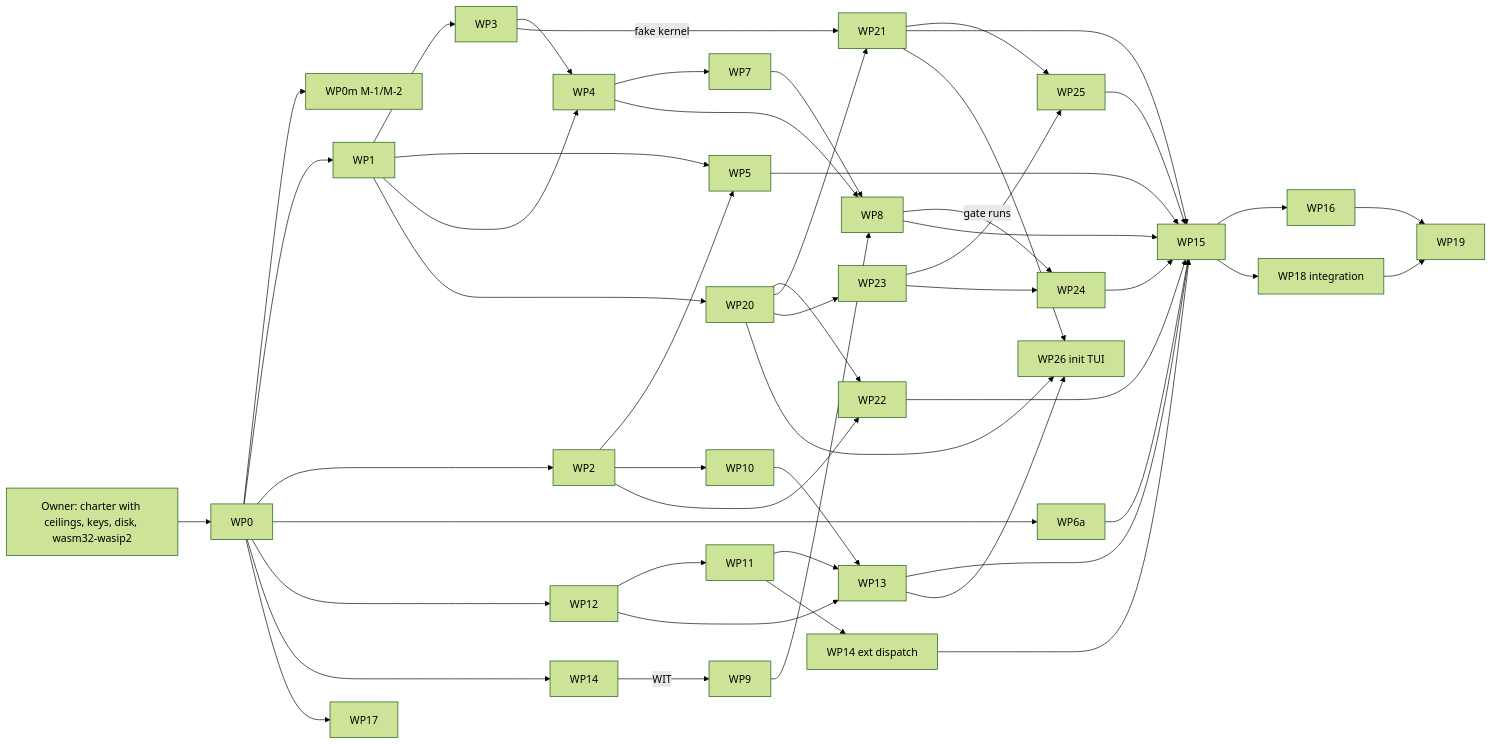
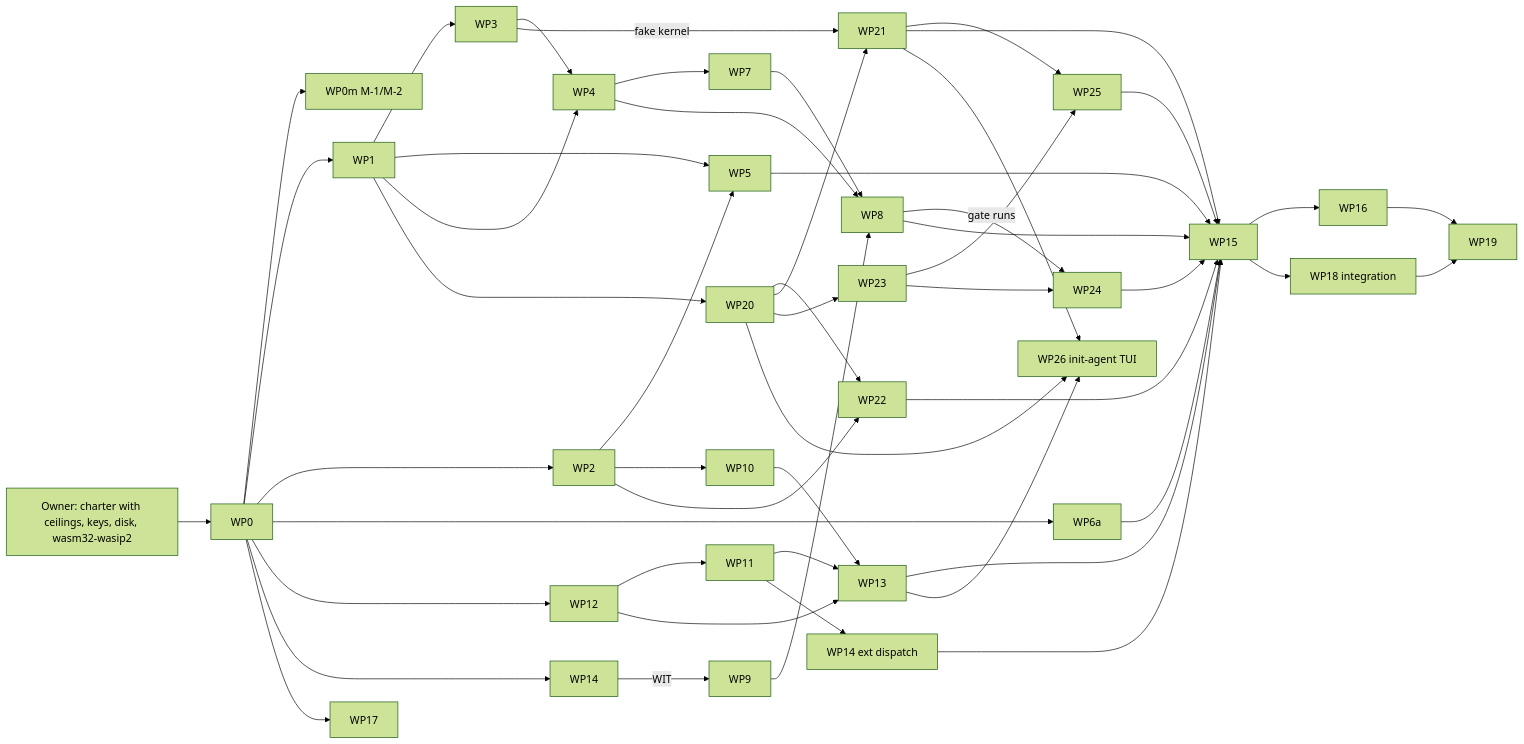
Before and after one commit to nagisanzenin/INIT-Agent: the diagram in docs/roadmap.md, drawn with Mermaid (forest theme). The commit also changed other lines of this file and 70 other files, not shown here.

````diff
--- a/docs/roadmap.md
+++ b/docs/roadmap.md
@@ -121,53 +121,53 @@
 ```mermaid
 flowchart LR
     D[Owner: charter with ceilings, keys, disk, wasm32-wasip2] --> WP0
     WP0 --> WP0m[WP0m M-1/M-2]
     WP0 --> WP1
     WP0 --> WP2
     WP0 --> WP6a
     WP0 --> WP12
     WP0 --> WP14
     WP0 --> WP17
     WP1 --> WP3
     WP1 --> WP5
     WP2 --> WP5
     WP3 --> WP4
     WP1 --> WP4
     WP4 --> WP7
     WP14 -->|WIT| WP9
     WP12 --> WP11
     WP2 --> WP10
     WP10 --> WP13
     WP11 --> WP13
     WP12 --> WP13
     WP11 --> WP14b[WP14 ext dispatch]
     WP4 --> WP8
     WP7 --> WP8
     WP9 --> WP8
     WP1 --> WP20
     WP20 --> WP22
     WP2 --> WP22
     WP20 --> WP21
     WP3 -->|fake kernel| WP21
     WP20 --> WP23
     WP21 --> WP25
     WP23 --> WP25
     WP23 --> WP24
     WP8 -->|gate runs| WP24
     WP13 --> WP15
     WP8 --> WP15
     WP5 --> WP15
     WP6a --> WP15
     WP14b --> WP15
     WP21 --> WP15
     WP22 --> WP15
     WP24 --> WP15
     WP25 --> WP15
-    WP20 --> WP26[WP26 init TUI]
+    WP20 --> WP26[WP26 init-agent TUI]
     WP21 --> WP26
     WP13 --> WP26
     WP15 --> WP16
     WP15 --> WP18[WP18 integration]
     WP16 --> WP19
     WP18 --> WP19
 ```
````
